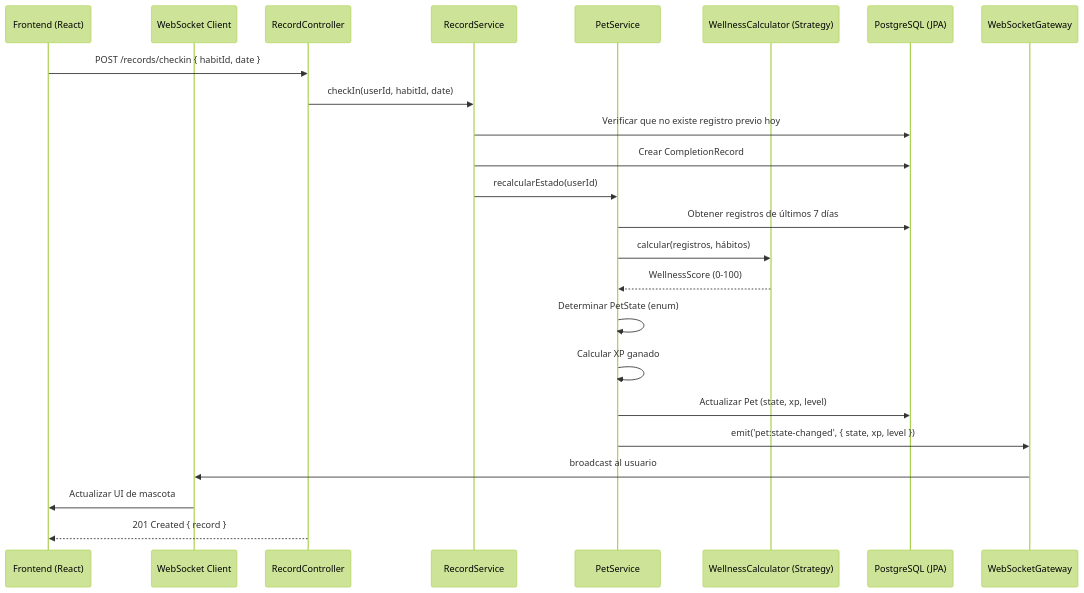
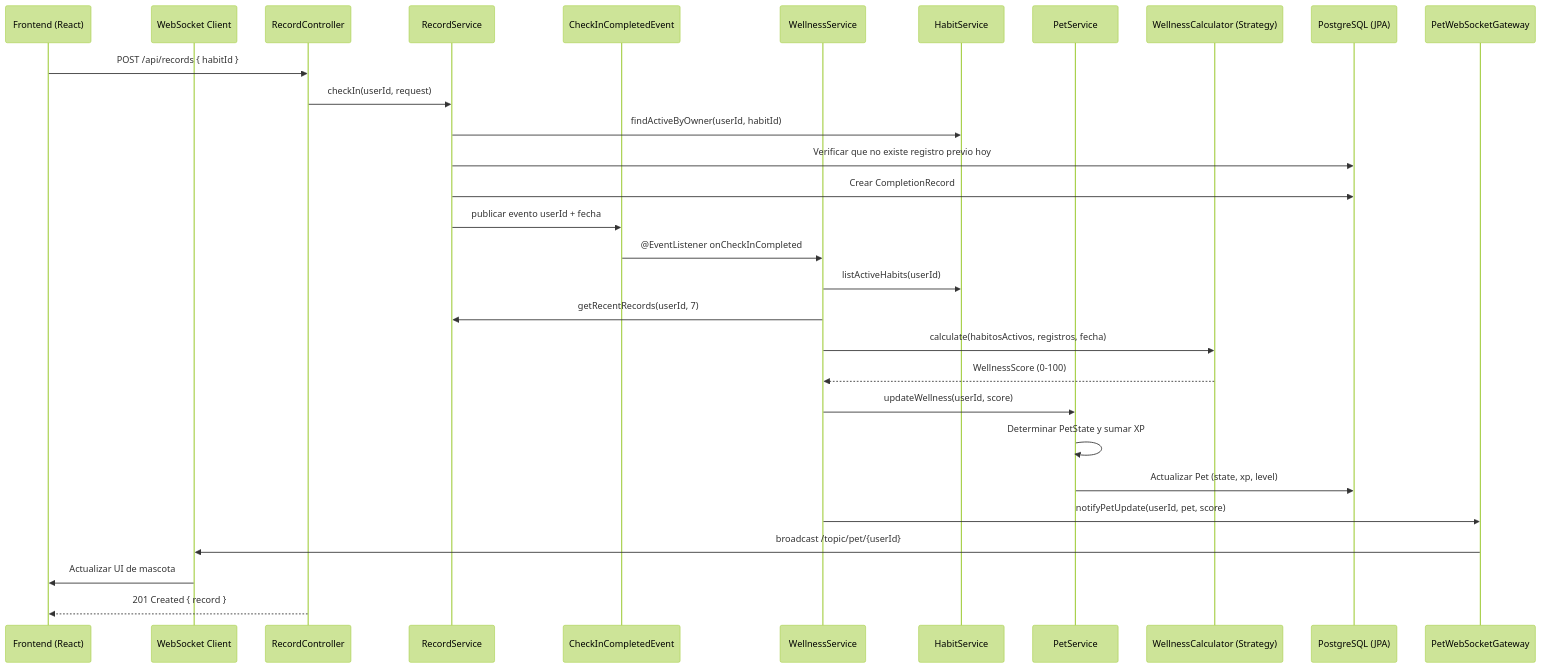
The fourth of 6 diagrams in docs/ARQUITECTURA.md (JhoneM/asistente), drawn with Mermaid (forest theme) before and after one commit. The commit also changed other lines of this file and 28 other files, not shown here.

````diff
--- a/docs/ARQUITECTURA.md
+++ b/docs/ARQUITECTURA.md
@@ -212,27 +210,33 @@
 ```mermaid
 sequenceDiagram
     participant FE as Frontend (React)
     participant WS as WebSocket Client
     participant RC as RecordController
     participant RS as RecordService
+    participant EV as CheckInCompletedEvent
+    participant WLS as WellnessService
+    participant HS as HabitService
     participant PS as PetService
     participant CALC as WellnessCalculator (Strategy)
     participant DB as PostgreSQL (JPA)
-    participant GW as WebSocketGateway
+    participant GW as PetWebSocketGateway
 
-    FE->>RC: POST /records/checkin { habitId, date }
-    RC->>RS: checkIn(userId, habitId, date)
+    FE->>RC: POST /api/records { habitId }
+    RC->>RS: checkIn(userId, request)
+    RS->>HS: findActiveByOwner(userId, habitId)
     RS->>DB: Verificar que no existe registro previo hoy
     RS->>DB: Crear CompletionRecord
-    RS->>PS: recalcularEstado(userId)
-    PS->>DB: Obtener registros de últimos 7 días
-    PS->>CALC: calcular(registros, hábitos)
-    CALC-->>PS: WellnessScore (0-100)
-    PS->>PS: Determinar PetState (enum)
-    PS->>PS: Calcular XP ganado
+    RS->>EV: publicar evento userId + fecha
+    EV->>WLS: @EventListener onCheckInCompleted
+    WLS->>HS: listActiveHabits(userId)
+    WLS->>RS: getRecentRecords(userId, 7)
+    WLS->>CALC: calculate(habitosActivos, registros, fecha)
+    CALC-->>WLS: WellnessScore (0-100)
+    WLS->>PS: updateWellness(userId, score)
+    PS->>PS: Determinar PetState y sumar XP
     PS->>DB: Actualizar Pet (state, xp, level)
-    PS->>GW: emit('pet:state-changed', { state, xp, level })
-    GW->>WS: broadcast al usuario
+    WLS->>GW: notifyPetUpdate(userId, pet, score)
+    GW->>WS: broadcast /topic/pet/{userId}
     WS->>FE: Actualizar UI de mascota
     RC-->>FE: 201 Created { record }
 ```
````
